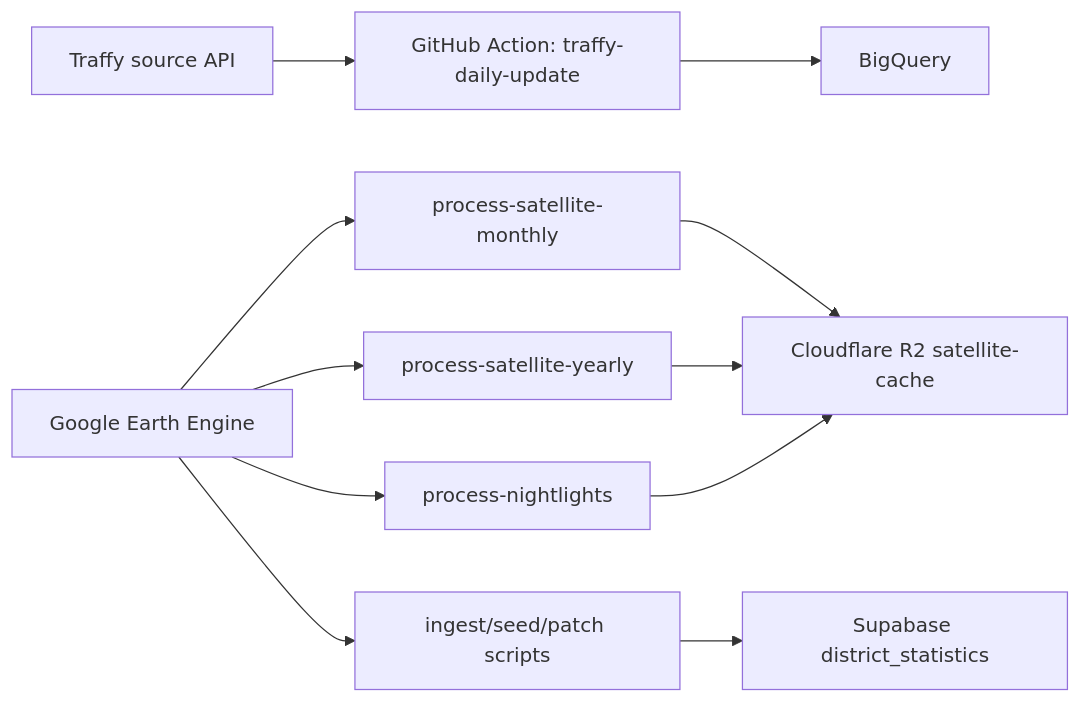
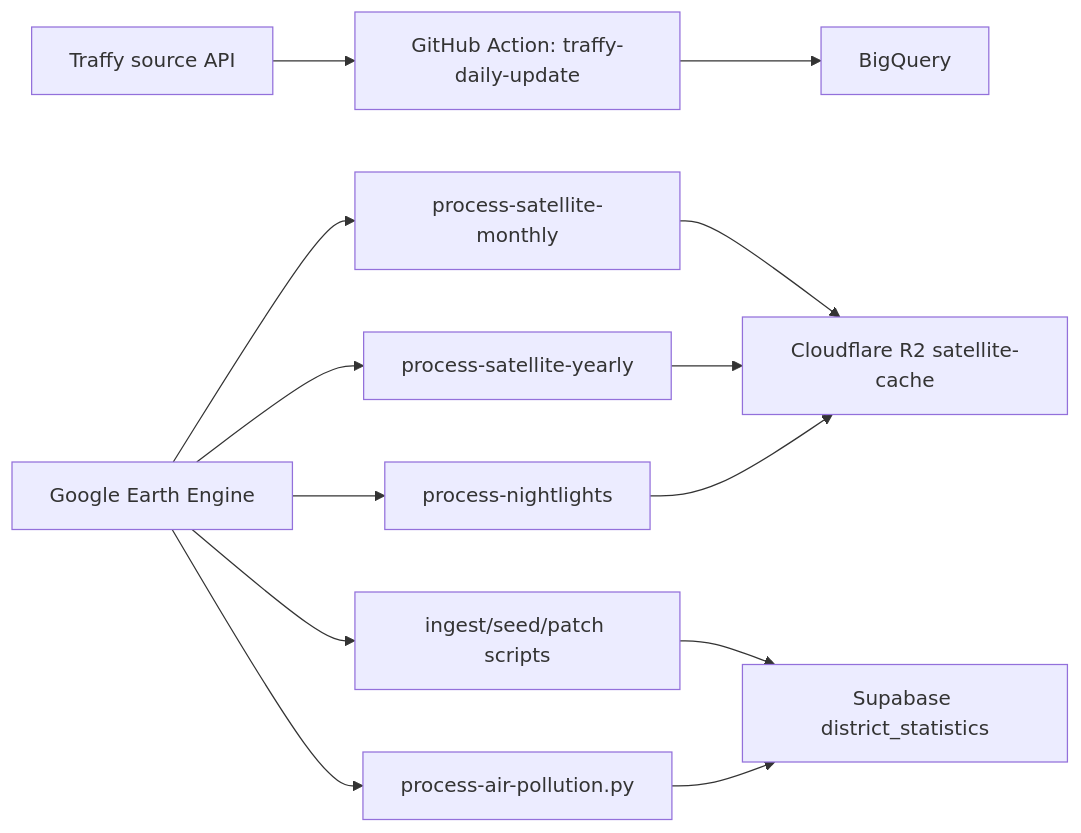
One commit to sorrawitsuk-cyber/bkkanalysis001 changed the second of 2 diagrams in docs/APP_WORKFLOW.md. Above: the diagram before and after it, drawn with Mermaid. The commit also changed other lines of this file and 12 other files, not shown here.

Commit message:
Add satellite air pollution workflow

````diff
--- a/docs/APP_WORKFLOW.md
+++ b/docs/APP_WORKFLOW.md
@@ -80,15 +96,17 @@
 ```mermaid
 flowchart LR
   TraffySource["Traffy source API"] --> TraffyJob["GitHub Action: traffy-daily-update"]
   TraffyJob --> BigQuery["BigQuery"]
 
   GEE["Google Earth Engine"] --> MonthlyJob["process-satellite-monthly"]
   GEE --> YearlyJob["process-satellite-yearly"]
   GEE --> NightJob["process-nightlights"]
   MonthlyJob --> R2["Cloudflare R2 satellite-cache"]
   YearlyJob --> R2
   NightJob --> R2
 
   GEE --> SupabaseJobs["ingest/seed/patch scripts"]
+  GEE --> AirJob["process-air-pollution.py"]
   SupabaseJobs --> Supabase["Supabase district_statistics"]
+  AirJob --> Supabase
 ```
````
